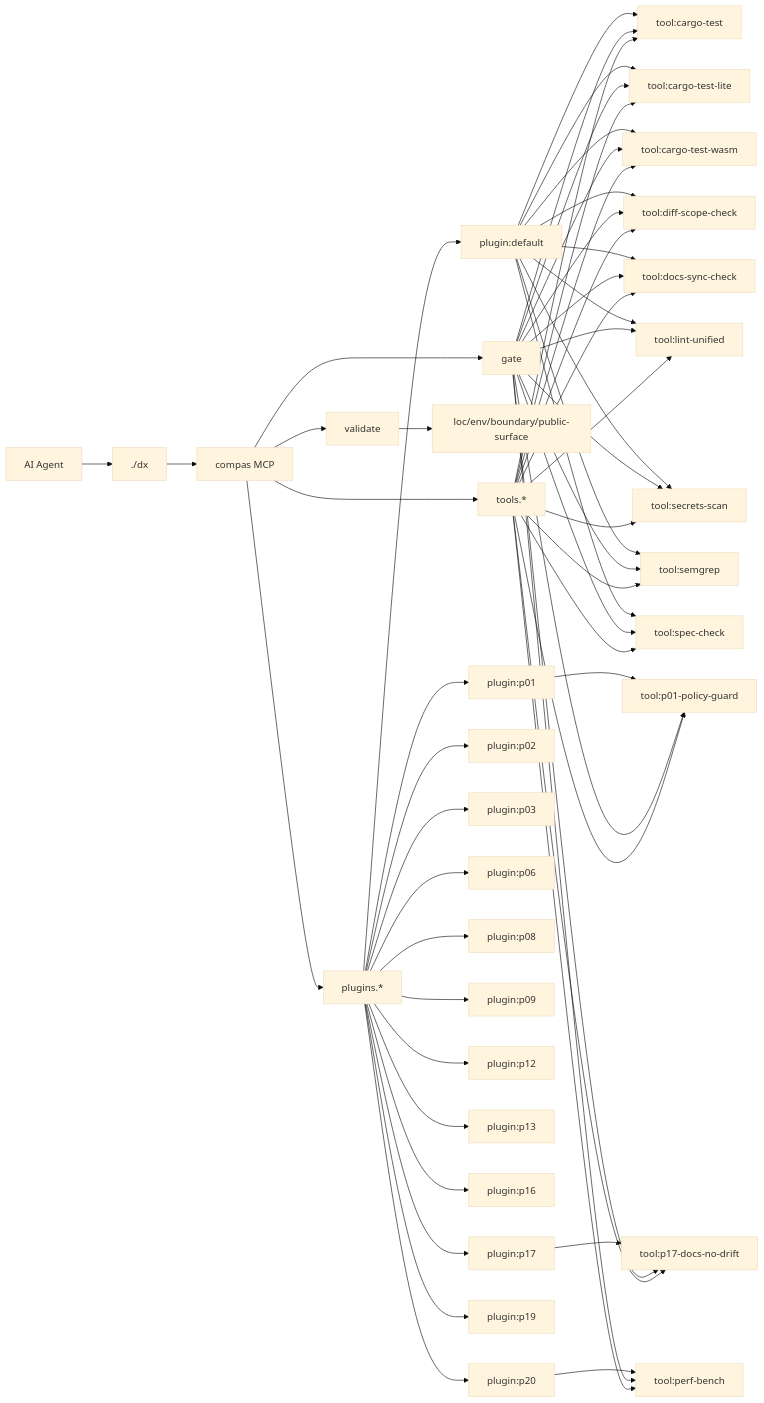
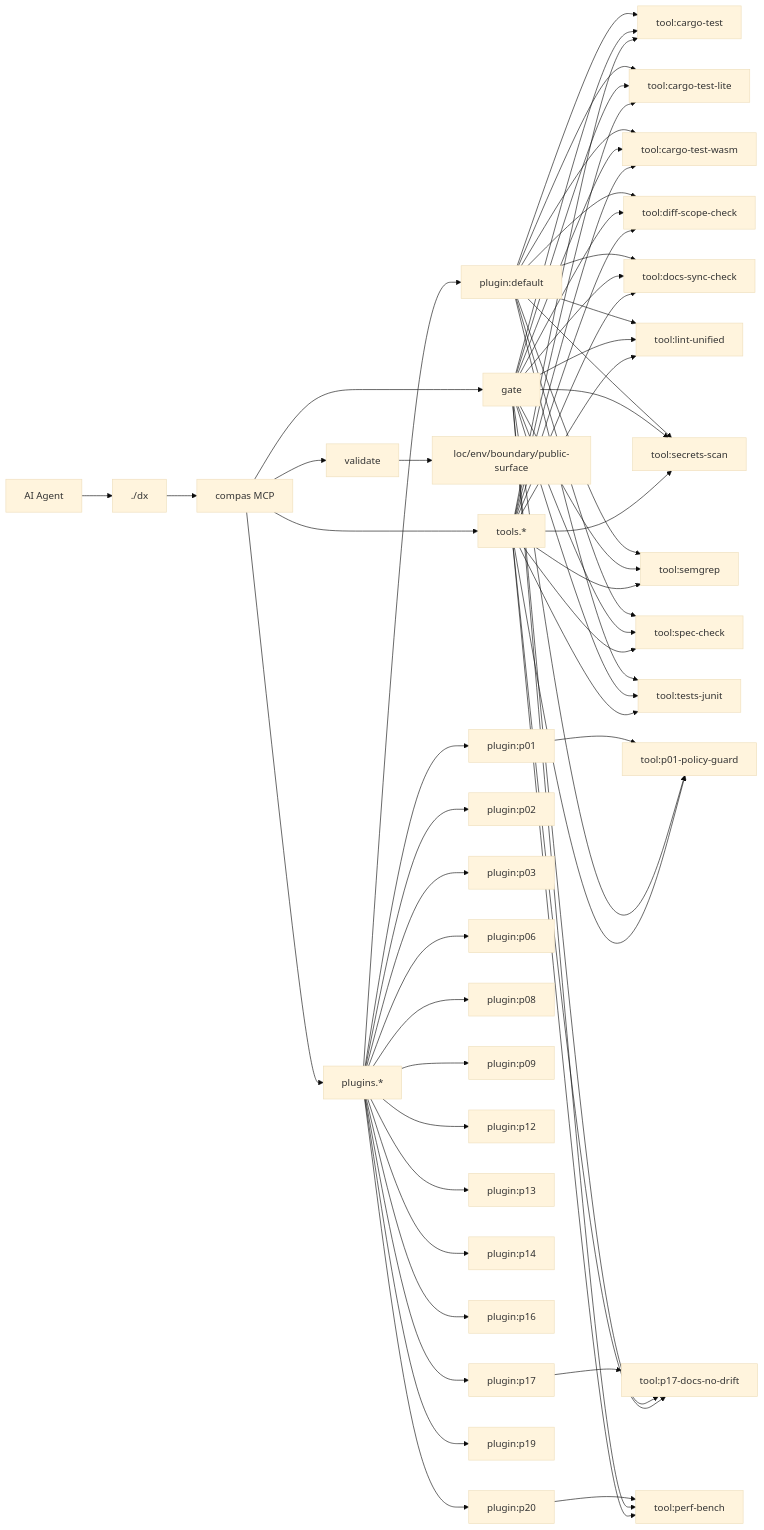
One commit to AmirTlinov/compas changed the diagram in AGENTS.md. Above: the diagram before and after it, drawn with Mermaid (base theme). The commit also changed other lines of this file and 5 other files, not shown here.

````diff
--- a/AGENTS.md
+++ b/AGENTS.md
@@ -70,59 +72,63 @@
 ```mermaid
 flowchart LR
   Agent[AI Agent] --> DX[./dx]
   DX --> MCP[compas MCP]
   MCP --> V[validate]
   MCP --> G[gate]
   MCP --> PL[plugins.*]
   MCP --> TL[tools.*]
   V --> C1[loc/env/boundary/public-surface]
   PL --> P_default["plugin:default"]
   P_default --> T_cargo_test["tool:cargo-test"]
   G --> T_cargo_test
   P_default --> T_cargo_test_lite["tool:cargo-test-lite"]
   G --> T_cargo_test_lite
   P_default --> T_cargo_test_wasm["tool:cargo-test-wasm"]
   G --> T_cargo_test_wasm
   P_default --> T_diff_scope_check["tool:diff-scope-check"]
   G --> T_diff_scope_check
   P_default --> T_docs_sync_check["tool:docs-sync-check"]
   G --> T_docs_sync_check
   P_default --> T_lint_unified["tool:lint-unified"]
   G --> T_lint_unified
   P_default --> T_secrets_scan["tool:secrets-scan"]
   G --> T_secrets_scan
   P_default --> T_semgrep["tool:semgrep"]
   G --> T_semgrep
   P_default --> T_spec_check["tool:spec-check"]
   G --> T_spec_check
+  P_default --> T_tests_junit["tool:tests-junit"]
+  G --> T_tests_junit
   PL --> P_p01["plugin:p01"]
   P_p01 --> T_p01_policy_guard["tool:p01-policy-guard"]
   G --> T_p01_policy_guard
   PL --> P_p02["plugin:p02"]
   PL --> P_p03["plugin:p03"]
   PL --> P_p06["plugin:p06"]
   PL --> P_p08["plugin:p08"]
   PL --> P_p09["plugin:p09"]
   PL --> P_p12["plugin:p12"]
   PL --> P_p13["plugin:p13"]
+  PL --> P_p14["plugin:p14"]
   PL --> P_p16["plugin:p16"]
   PL --> P_p17["plugin:p17"]
   P_p17 --> T_p17_docs_no_drift["tool:p17-docs-no-drift"]
   G --> T_p17_docs_no_drift
   PL --> P_p19["plugin:p19"]
   PL --> P_p20["plugin:p20"]
   P_p20 --> T_perf_bench["tool:perf-bench"]
   G --> T_perf_bench
   TL --> T_cargo_test
   TL --> T_cargo_test_lite
   TL --> T_cargo_test_wasm
   TL --> T_diff_scope_check
   TL --> T_docs_sync_check
   TL --> T_lint_unified
   TL --> T_p01_policy_guard
   TL --> T_p17_docs_no_drift
   TL --> T_perf_bench
   TL --> T_secrets_scan
   TL --> T_semgrep
   TL --> T_spec_check
+  TL --> T_tests_junit
 ```
````
